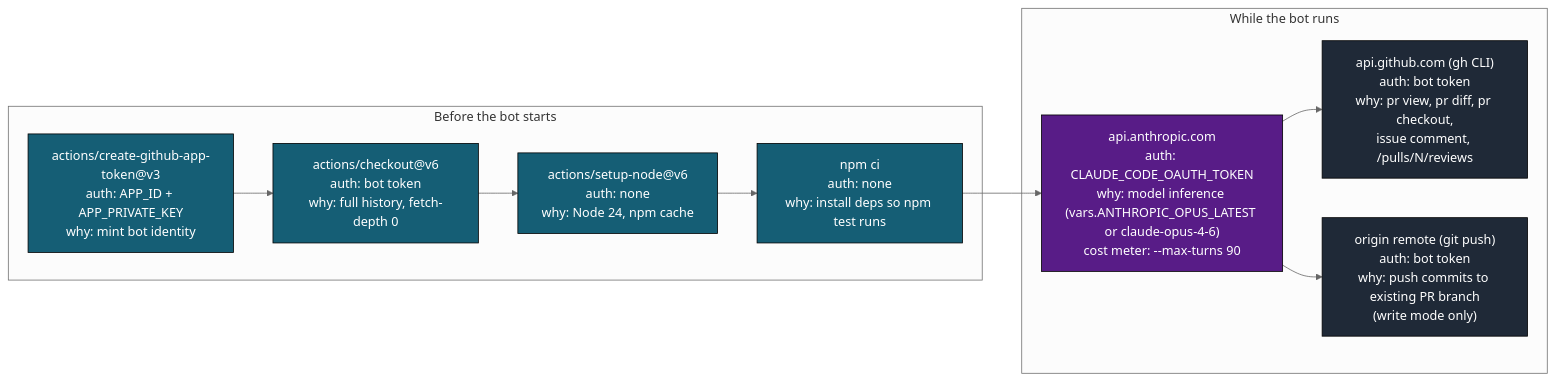
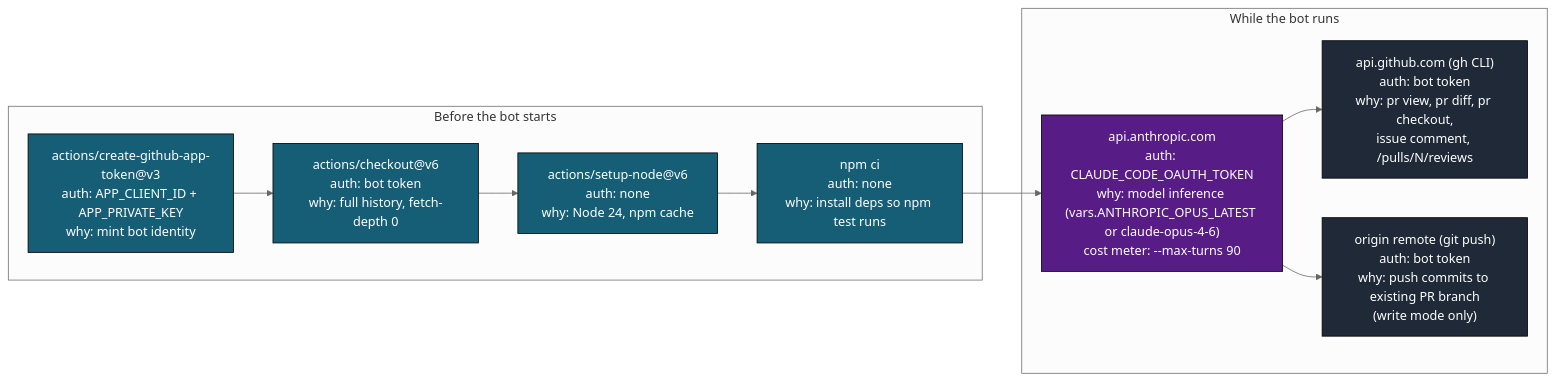
The eighth of 13 diagrams in .github/docs/BOT_RESPOND_DEEP_DIVE.md (llm-exe/llm-exe), drawn with Mermaid (neutral theme) before and after one commit. The commit also changed other lines of this file and 13 other files, not shown here.

Commit message:
fix: update references from APP_ID to APP_CLIENT_ID in documentation

````diff
--- a/.github/docs/BOT_RESPOND_DEEP_DIVE.md
+++ b/.github/docs/BOT_RESPOND_DEEP_DIVE.md
@@ -357,23 +357,23 @@
 ```mermaid
 flowchart LR
     classDef pre fill:#155e75,color:#fff,stroke:#000
     classDef llm fill:#581c87,color:#fff,stroke:#000
     classDef gh fill:#1f2937,color:#fff,stroke:#000
 
     subgraph Pre["Before the bot starts"]
-        c1["actions/create-github-app-token@v3\nauth: APP_ID + APP_PRIVATE_KEY\nwhy: mint bot identity"]:::pre
+        c1["actions/create-github-app-token@v3\nauth: APP_CLIENT_ID + APP_PRIVATE_KEY\nwhy: mint bot identity"]:::pre
         c2["actions/checkout@v6\nauth: bot token\nwhy: full history, fetch-depth 0"]:::pre
         c3["actions/setup-node@v6\nauth: none\nwhy: Node 24, npm cache"]:::pre
         c4["npm ci\nauth: none\nwhy: install deps so npm test runs"]:::pre
     end
 
     subgraph During["While the bot runs"]
         d1["api.anthropic.com\nauth: CLAUDE_CODE_OAUTH_TOKEN\nwhy: model inference (vars.ANTHROPIC_OPUS_LATEST or claude-opus-4-6)\ncost meter: --max-turns 90"]:::llm
         d2["api.github.com (gh CLI)\nauth: bot token\nwhy: pr view, pr diff, pr checkout,\nissue comment, /pulls/N/reviews"]:::gh
         d3["origin remote (git push)\nauth: bot token\nwhy: push commits to existing PR branch\n(write mode only)"]:::gh
     end
 
     c1 --> c2 --> c3 --> c4 --> d1
     d1 --> d2
     d1 --> d3
 ```
````
